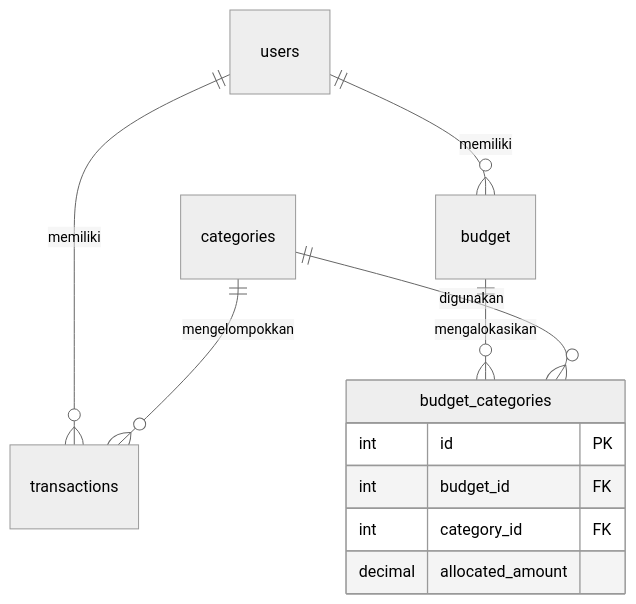
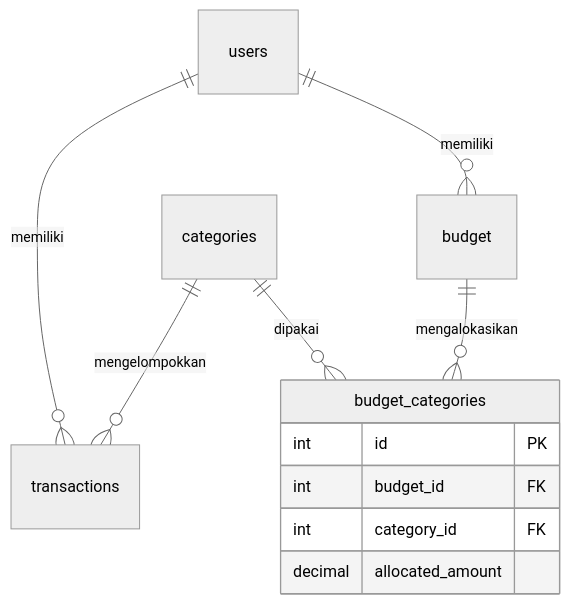
One commit to bryanm24-stack/Service-Oriented-Architecture changed the first of 2 diagrams in RANCANGAN.md. Above: the diagram before and after it, drawn with Mermaid (neutral theme). The commit also changed other lines of this file and 32 other files, not shown here.

````diff
--- a/RANCANGAN.md
+++ b/RANCANGAN.md
@@ -13,14 +29,14 @@
 ```mermaid
 erDiagram
     users ||--o{ transactions : memiliki
+    users ||--o{ budget : memiliki
     categories ||--o{ transactions : mengelompokkan
-    users ||--o{ budget : memiliki
     budget ||--o{ budget_categories : mengalokasikan
-    categories ||--o{ budget_categories : digunakan
+    categories ||--o{ budget_categories : dipakai
     budget_categories {
         int id PK
         int budget_id FK
         int category_id FK
         decimal allocated_amount
     }
 ```
````
